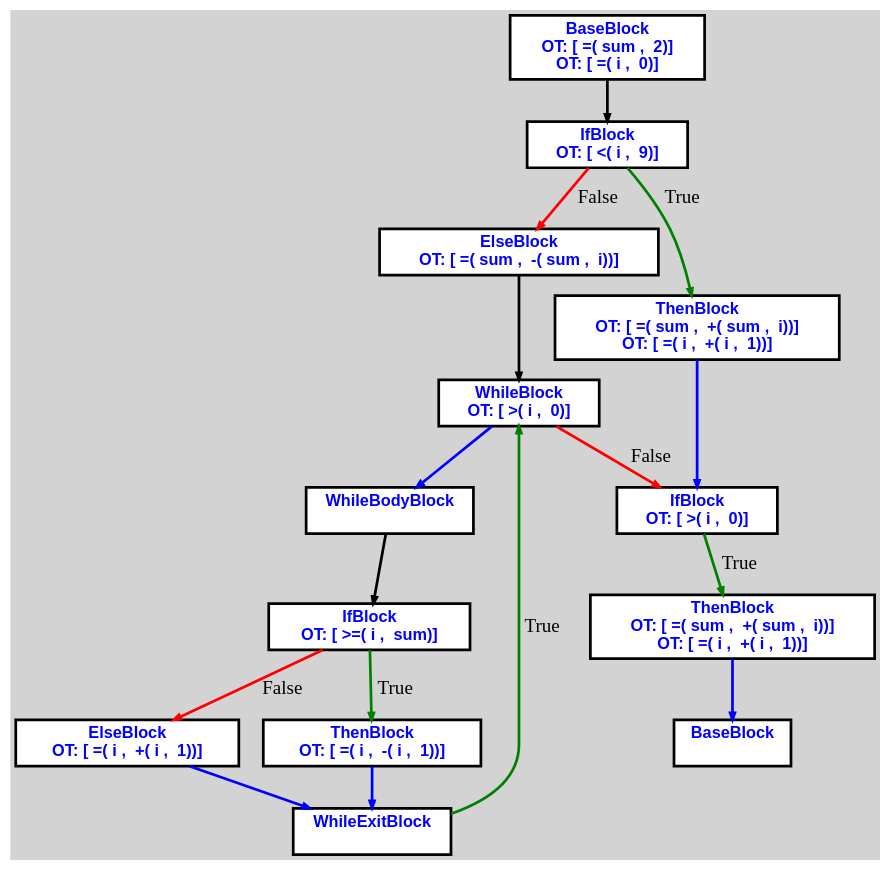
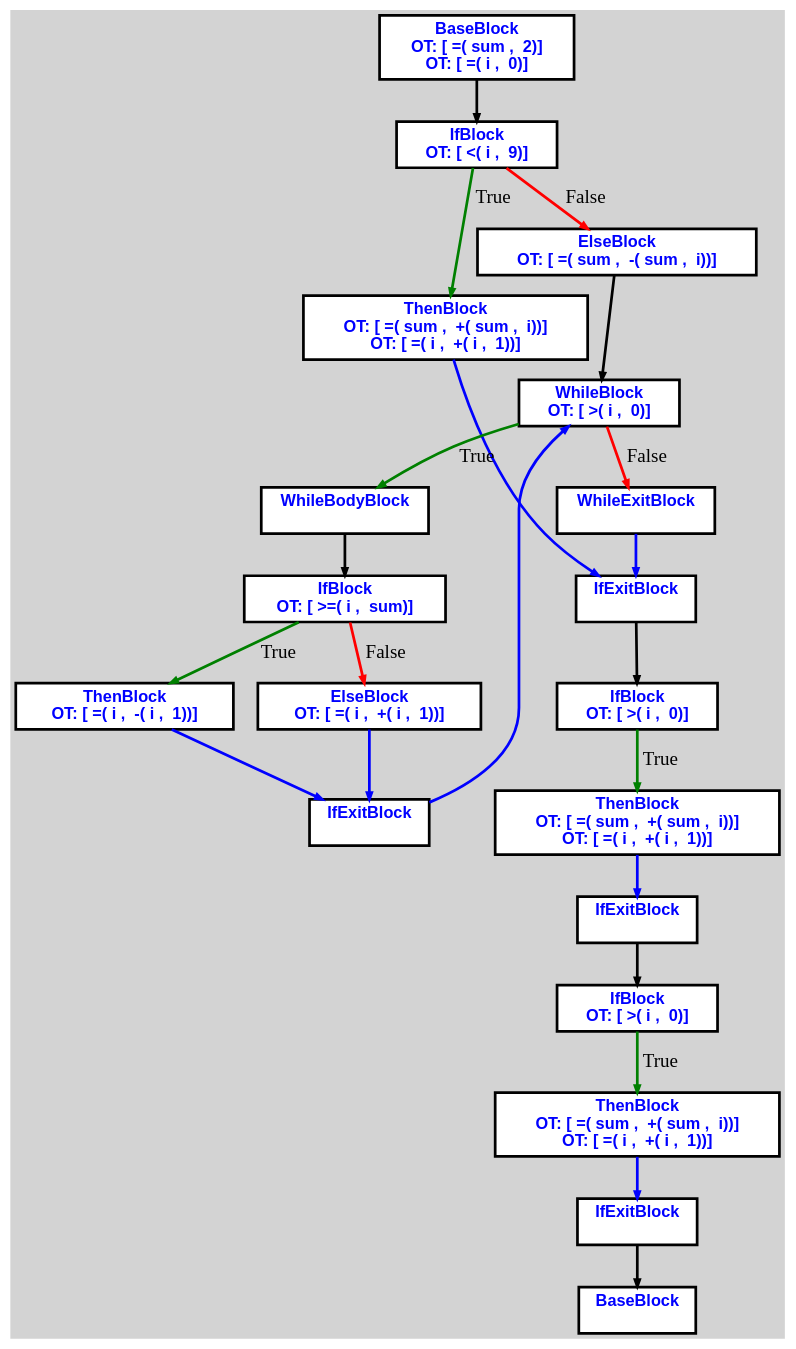
One commit to aveen007/CountingMonkeys changed the diagram in cpoCompilerWin/cfgi0.dot. Above: the diagram before and after it, drawn with Graphviz. The commit also changed 19 other files, not shown here.

```diff
--- a/cpoCompilerWin/cfgi0.dot
+++ b/cpoCompilerWin/cfgi0.dot
@@ -1,48 +1,63 @@
 digraph G {
 ordering=out;
 ranksep=.4;
 bgcolor="lightgrey";  node [shape=box, fixedsize=false, fontsize=12, fontname="Helvetica-bold", fontcolor="blue"
 width=.25, height=.25, color="black", fillcolor="white", style="filled, solid, bold"];
 
-edge [arrowsize=.5, color="black", style="bold"]    n0000129252522790 [label="BaseBlock\n OT: [ =( sum ,  2)]
+edge [arrowsize=.5, color="black", style="bold"]    n000012A765F23090 [label="BaseBlock\n OT: [ =( sum ,  2)]
 OT: [ =( i ,  0)]
 "]
-    n0000129252522790 -> n0000129252522850
-    n0000129252522850 [label="IfBlock\n OT: [ <( i ,  9)]
+    n000012A765F23150 [label="IfBlock\n OT: [ <( i ,  9)]
 "]
-    n0000129252522850 -> n00001292525228D0 [label="False" color="red"]
-    n00001292525228D0 [label="ElseBlock\n OT: [ =( sum ,  -( sum ,  i))]
-"]
-    n00001292525228D0 -> n0000129252522910
-    n0000129252522910 [label="WhileBlock\n OT: [ >( i ,  0)]
-"]
-    n0000129252522910 -> n0000129252522950 [ color="blue"]
-    n0000129252522950 [label="WhileBodyBlock\n "]
-    n0000129252522950 -> n0000129252522990
-    n0000129252522990 [label="IfBlock\n OT: [ >=( i ,  sum)]
-"]
-    n0000129252522990 -> n0000129252522A10 [label="False" color="red"]
-    n0000129252522A10 [label="ElseBlock\n OT: [ =( i ,  +( i ,  1))]
-"]
-    n0000129252522A10 -> n0000129252522A50 [ color="blue"]
-    n0000129252522990 -> n00001292525229D0 [label="True" color="green"]
-    n00001292525229D0 [label="ThenBlock\n OT: [ =( i ,  -( i ,  1))]
-"]
-    n00001292525229D0 -> n0000129252522A50 [ color="blue"]
-    n0000129252522A50 [label="WhileExitBlock\n "]
-    n0000129252522A50 -> n0000129252522910 [label="True" color="green"]
-    n0000129252522910 -> n0000129252522A90 [label="False" color="red"]
-    n0000129252522850 -> n0000129252522890 [label="True" color="green"]
-    n0000129252522890 [label="ThenBlock\n OT: [ =( sum ,  +( sum ,  i))]
+    n000012A765F23090 -> n000012A765F23150
+    n000012A765F23150 -> n000012A765F23190 [label="True" color="green"]
+    n000012A765F23190 [label="ThenBlock\n OT: [ =( sum ,  +( sum ,  i))]
 OT: [ =( i ,  +( i ,  1))]
 "]
-    n0000129252522890 -> n0000129252522A90 [ color="blue"]
-    n0000129252522A90 [label="IfBlock\n OT: [ >( i ,  0)]
+    n000012A765F23150 -> n000012A765F231D0 [label="False" color="red"]
+    n000012A765F231D0 [label="ElseBlock\n OT: [ =( sum ,  -( sum ,  i))]
 "]
-    n0000129252522A90 -> n0000129252522AD0 [label="True" color="green"]
-    n0000129252522AD0 [label="ThenBlock\n OT: [ =( sum ,  +( sum ,  i))]
+    n000012A765F23210 [label="WhileBlock\n OT: [ >( i ,  0)]
+"]
+    n000012A765F231D0 -> n000012A765F23210
+	   n000012A765F23210 -> n000012A765F23250 [ label = "True" color="green"]
+    n000012A765F23250 [label="WhileBodyBlock\n "]
+    n000012A765F23290 [label="IfBlock\n OT: [ >=( i ,  sum)]
+"]
+    n000012A765F23250 -> n000012A765F23290
+    n000012A765F23290 -> n000012A765F232D0 [label="True" color="green"]
+    n000012A765F232D0 [label="ThenBlock\n OT: [ =( i ,  -( i ,  1))]
+"]
+    n000012A765F23290 -> n000012A765F23310 [label="False" color="red"]
+    n000012A765F23310 [label="ElseBlock\n OT: [ =( i ,  +( i ,  1))]
+"]
+    n000012A765F23310 -> n000012A765F23350 [color="blue"]
+    n000012A765F232D0 -> n000012A765F23350 [ color="blue"]
+    n000012A765F23350 [label="IfExitBlock\n "]
+    n000012A765F23350 -> n000012A765F23210 [ color="blue"]
+	   n000012A765F23210 -> n000012A765F23390 [ label = "False" color="red"]
+    n000012A765F23390 [label="WhileExitBlock\n "]
+    n000012A765F23390 -> n000012A765F233D0 [color="blue"]
+    n000012A765F23190 -> n000012A765F233D0 [ color="blue"]
+    n000012A765F233D0 [label="IfExitBlock\n "]
+    n000012A765F23410 [label="IfBlock\n OT: [ >( i ,  0)]
+"]
+    n000012A765F233D0 -> n000012A765F23410
+    n000012A765F23410 -> n000012A765F23450 [label="True" color="green"]
+    n000012A765F23450 [label="ThenBlock\n OT: [ =( sum ,  +( sum ,  i))]
 OT: [ =( i ,  +( i ,  1))]
 "]
-    n0000129252522AD0 -> n0000129252522B10 [ color="blue"]
-    n0000129252522B10 [label="BaseBlock\n "]
+    n000012A765F23450 -> n000012A765F23490 [ color="blue"]
+    n000012A765F23490 [label="IfExitBlock\n "]
+    n000012A765F234D0 [label="IfBlock\n OT: [ >( i ,  0)]
+"]
+    n000012A765F23490 -> n000012A765F234D0
+    n000012A765F234D0 -> n000012A765F23510 [label="True" color="green"]
+    n000012A765F23510 [label="ThenBlock\n OT: [ =( sum ,  +( sum ,  i))]
+OT: [ =( i ,  +( i ,  1))]
+"]
+    n000012A765F23510 -> n000012A765F23550 [ color="blue"]
+    n000012A765F23550 [label="IfExitBlock\n "]
+    n000012A765F23590 [label="BaseBlock\n "]
+    n000012A765F23550 -> n000012A765F23590
 }
```
